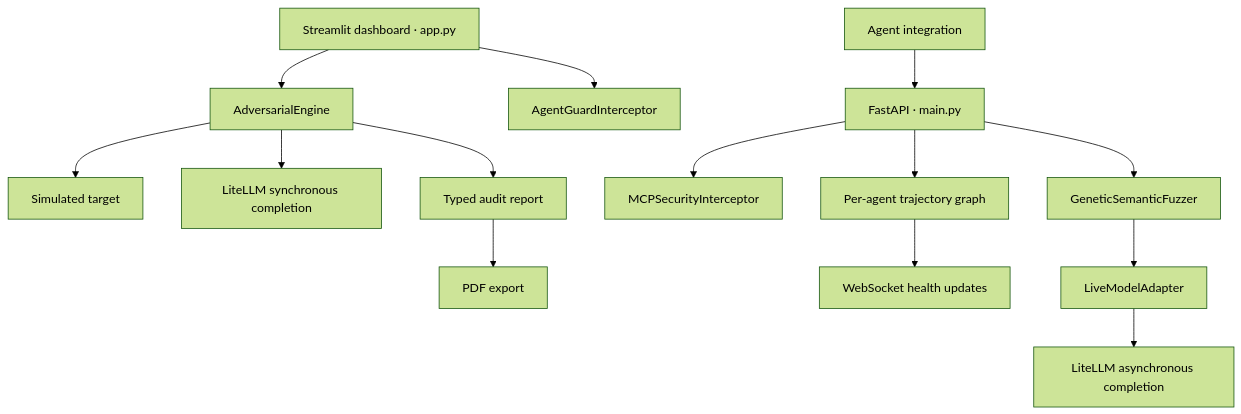
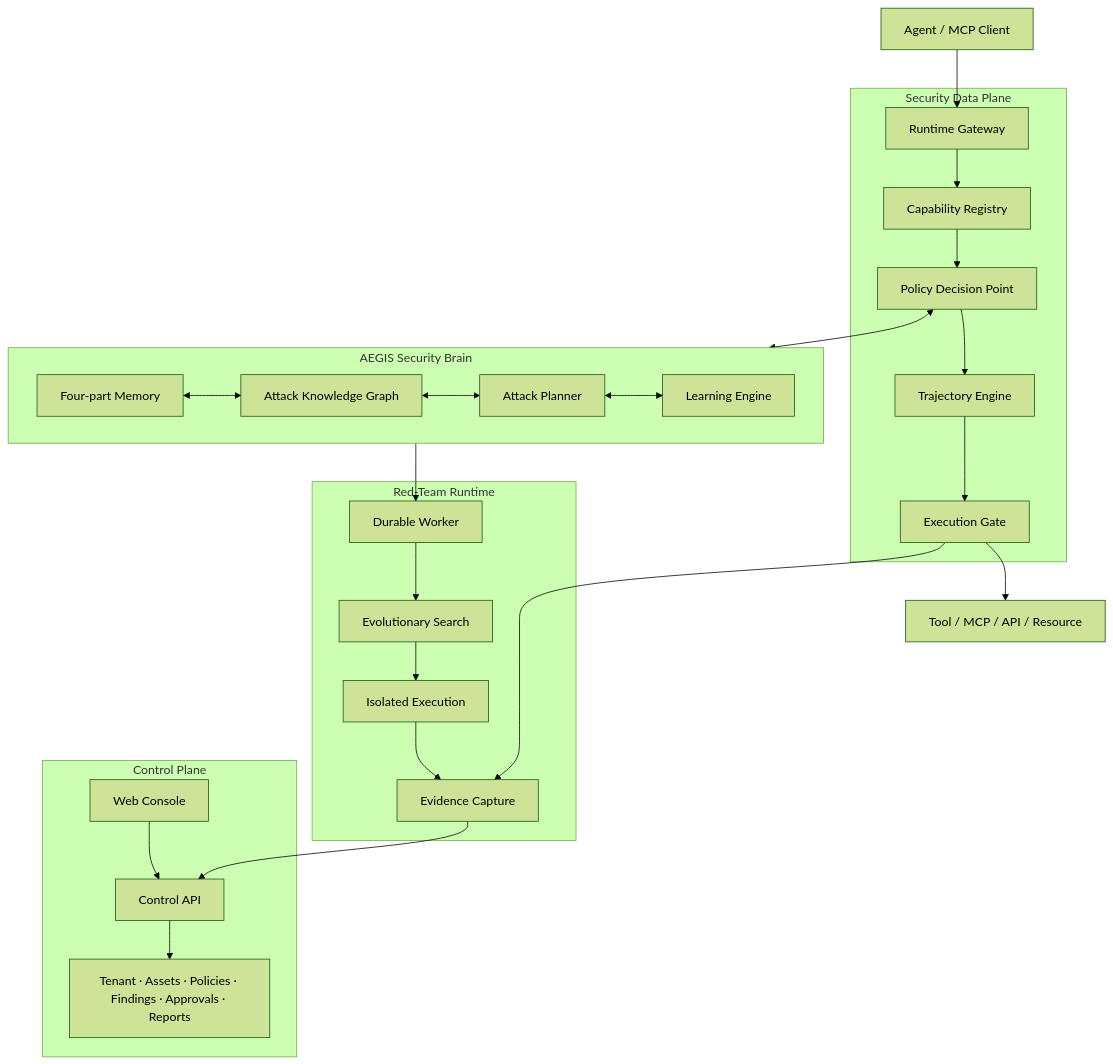
Before and after one commit to Serkankaya521/agentguard: the diagram in README.md, drawn with Mermaid (forest theme). The commit also changed other lines of this file and 1 other file, not shown here.

Commit message:
Document Enterprise v3 architecture and agent workflow

````diff
--- a/README.md
+++ b/README.md
@@ -20,17 +30,43 @@
 ```mermaid
-flowchart TD
-    UI[Streamlit dashboard · app.py] --> Audit[AdversarialEngine]
-    Audit --> Mock[Simulated target]
-    Audit --> Sync[LiteLLM synchronous completion]
-    Audit --> Report[Typed audit report]
-    Report --> PDF[PDF export]
-    UI --> Local[AgentGuardInterceptor]
+flowchart TB
+    subgraph CP[Control Plane]
+        CONTROL[Control API]
+        WEB[Web Console]
+        GOV[Tenant · Assets · Policies · Findings · Approvals · Reports]
+        WEB --> CONTROL --> GOV
+    end
 
-    Client[Agent integration] --> API[FastAPI · main.py]
-    API --> MCP[MCPSecurityInterceptor]
-    API --> Graph[Per-agent trajectory graph]
-    Graph --> WS[WebSocket health updates]
-    API --> Fuzzer[GeneticSemanticFuzzer]
-    Fuzzer --> Adapter[LiveModelAdapter]
-    Adapter --> Async[LiteLLM asynchronous completion]
+    subgraph SDP[Security Data Plane]
+        RUNTIME[Runtime Gateway]
+        CAP[Capability Registry]
+        PDP[Policy Decision Point]
+        TRAJ[Trajectory Engine]
+        GATE[Execution Gate]
+        RUNTIME --> CAP --> PDP --> TRAJ --> GATE
+    end
+
+    subgraph BRAIN[AEGIS Security Brain]
+        MEMORY[Four-part Memory]
+        GRAPH[Attack Knowledge Graph]
+        PLAN[Attack Planner]
+        LEARN[Learning Engine]
+        MEMORY <--> GRAPH
+        GRAPH <--> PLAN
+        PLAN <--> LEARN
+    end
+
+    subgraph RT[Red-Team Runtime]
+        WORKER[Durable Worker]
+        EVOLVE[Evolutionary Search]
+        SANDBOX[Isolated Execution]
+        EVIDENCE[Evidence Capture]
+        WORKER --> EVOLVE --> SANDBOX --> EVIDENCE
+    end
+
+    AGENT[Agent / MCP Client] --> RUNTIME
+    PDP <--> BRAIN
+    BRAIN --> WORKER
+    EVIDENCE --> CONTROL
+    GATE --> TOOL[Tool / MCP / API / Resource]
+    GATE --> EVIDENCE
 ```
````
